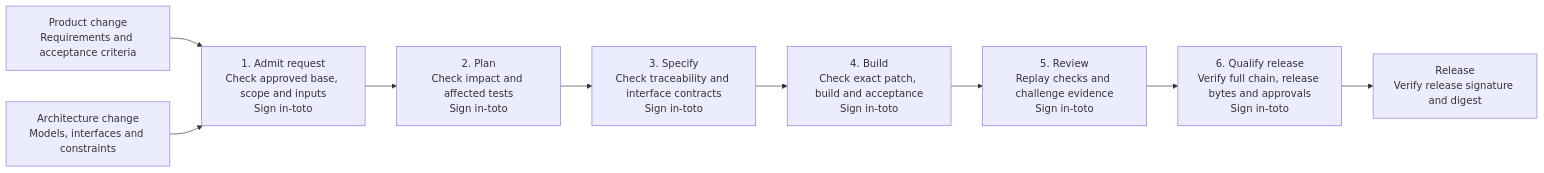
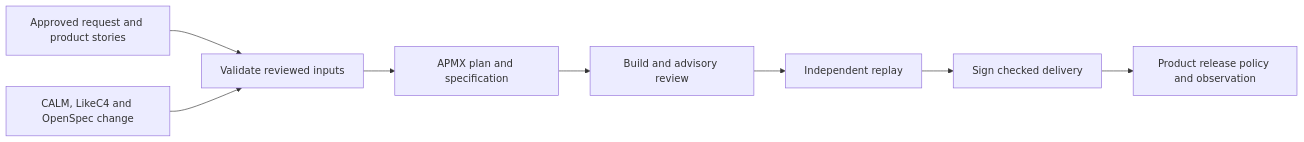
Before and after one commit to richgo/forge-kit: the diagram in README.md, drawn with Mermaid. The commit also changed other lines of this file and 9 other files, not shown here.

Commit message:
Clarify the OpenSpec and modular APMX workflow

````diff
--- a/README.md
+++ b/README.md
@@ -14,11 +16,10 @@
 ```mermaid
 flowchart LR
-    P["Product change<br/>Requirements and acceptance criteria"] --> A
-    T["Architecture change<br/>Models, interfaces and constraints"] --> A
-    A["1. Admit request<br/>Check approved base, scope and inputs<br/>Sign in-toto"] --> B
-    B["2. Plan<br/>Check impact and affected tests<br/>Sign in-toto"] --> C
-    C["3. Specify<br/>Check traceability and interface contracts<br/>Sign in-toto"] --> D
-    D["4. Build<br/>Check exact patch, build and acceptance<br/>Sign in-toto"] --> E
-    E["5. Review<br/>Replay checks and challenge evidence<br/>Sign in-toto"] --> F
-    F["6. Qualify release<br/>Verify full chain, release bytes and approvals<br/>Sign in-toto"] --> G["Release<br/>Verify release signature and digest"]
+    P["Approved request and product stories"] --> A
+    T["CALM, LikeC4 and OpenSpec change"] --> A
+    A["Validate reviewed inputs"] --> B["APMX plan and specification"]
+    B --> C["Build and advisory review"]
+    C --> D["Independent replay"]
+    D --> E["Sign checked delivery"]
+    E --> F["Product release policy and observation"]
 ```
````
